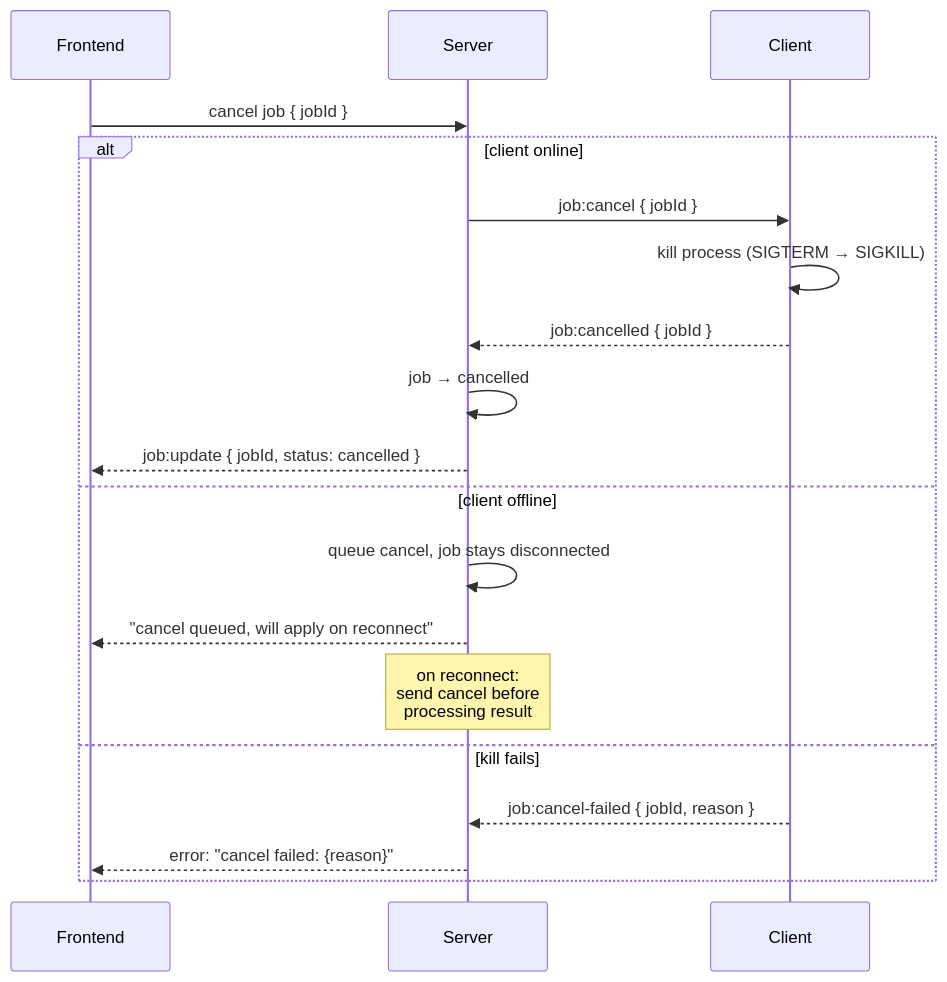
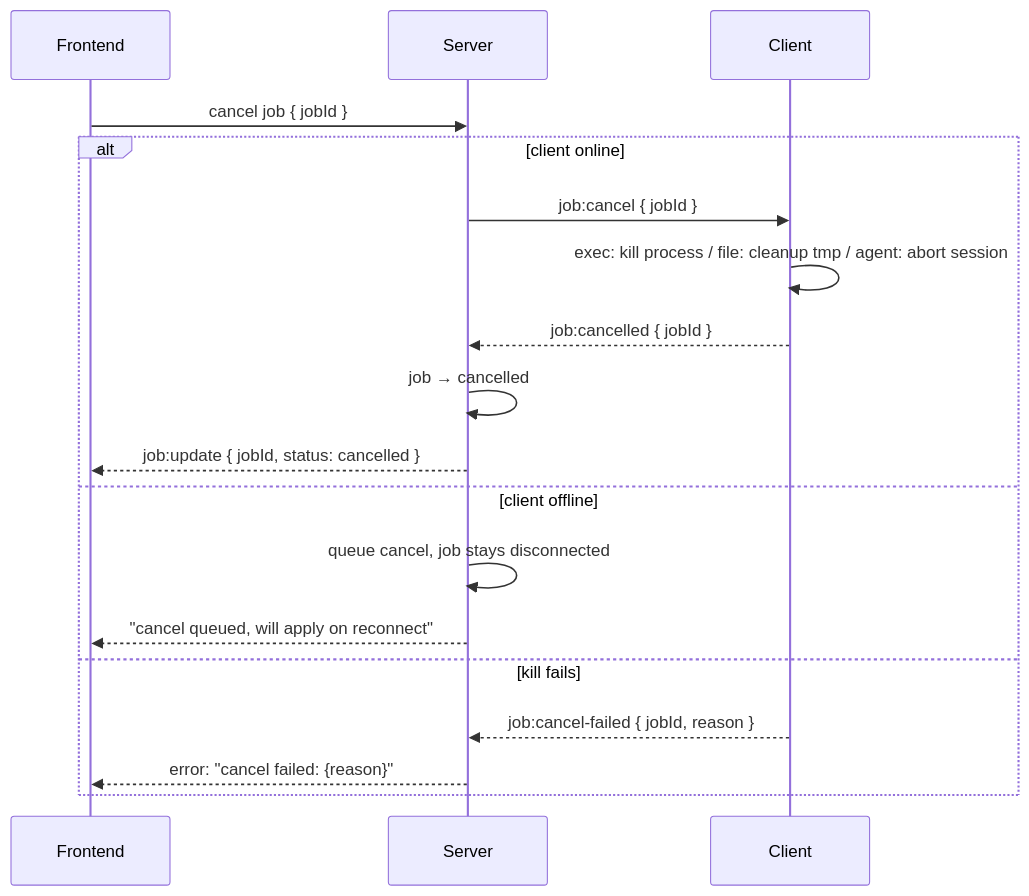
Before and after one commit to xuzhen97/VCPDeck: the sixth of 10 diagrams in docs/server-client-interaction-design.md, drawn with Mermaid. The commit also changed other lines of this file and 1 other file, not shown here.

````diff
--- a/docs/server-client-interaction-design.md
+++ b/docs/server-client-interaction-design.md
@@ -202,23 +409,22 @@
 ```mermaid
 sequenceDiagram
     participant FE as Frontend
     participant S as Server
     participant C as Client
 
     FE->>S: cancel job { jobId }
 
     alt client online
         S->>C: job:cancel { jobId }
-        C->>C: kill process (SIGTERM → SIGKILL)
+        C->>C: exec: kill process / file: cleanup tmp / agent: abort session
         C-->>S: job:cancelled { jobId }
         S->>S: job → cancelled
         S-->>FE: job:update { jobId, status: cancelled }
     else client offline
         S->>S: queue cancel, job stays disconnected
         S-->>FE: "cancel queued, will apply on reconnect"
-        Note over S: on reconnect:<br/>send cancel before<br/>processing result
     else kill fails
         C-->>S: job:cancel-failed { jobId, reason }
         S-->>FE: error: "cancel failed: {reason}"
     end
 ```
````
